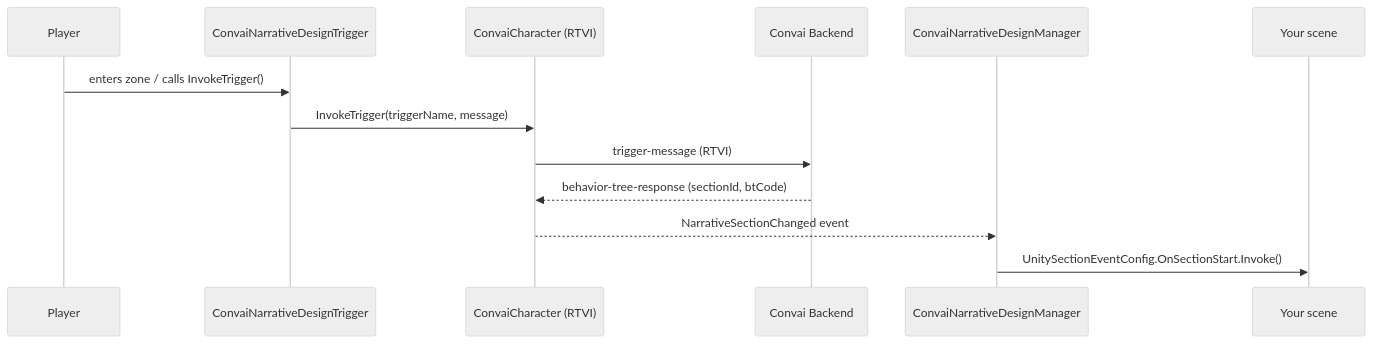
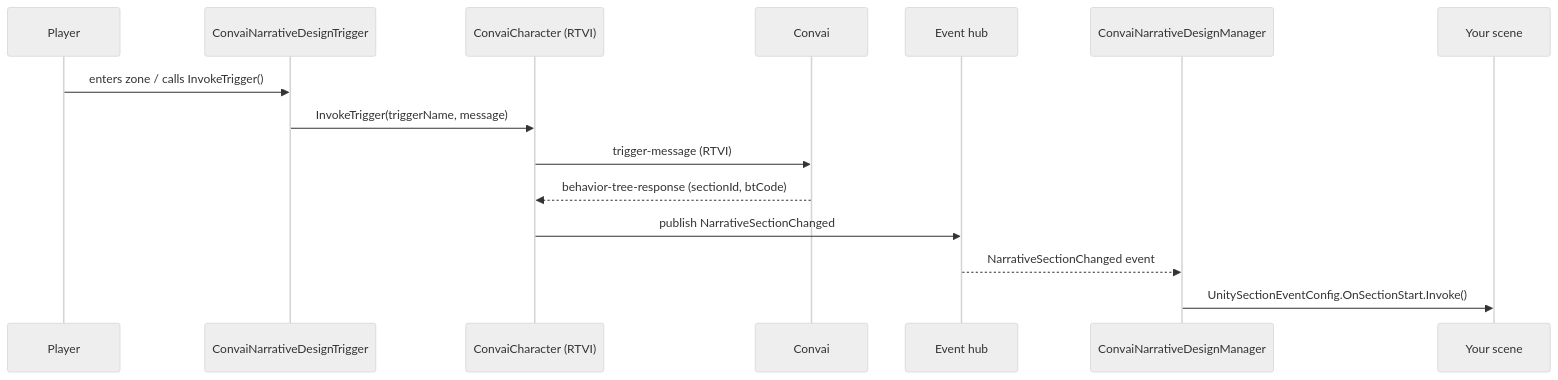
One commit to Conv-AI/Convai-Documentation changed the diagram in plugins-and-integrations/convai-unity-sdk/features/narrative-design/how-narrative-design-works.md. Above: the diagram before and after it, drawn with Mermaid (neutral theme). The commit also changed other lines of this file and 119 other files, not shown here.

````diff
--- a/plugins-and-integrations/convai-unity-sdk/features/narrative-design/how-narrative-design-works.md
+++ b/plugins-and-integrations/convai-unity-sdk/features/narrative-design/how-narrative-design-works.md
@@ -13,16 +13,18 @@
 ```mermaid
 sequenceDiagram
     participant Player
     participant Trigger as ConvaiNarrativeDesignTrigger
     participant Char as ConvaiCharacter (RTVI)
-    participant Backend as Convai Backend
+    participant Backend as Convai
+    participant Hub as Event hub
     participant Manager as ConvaiNarrativeDesignManager
     participant Scene as Your scene
 
     Player->>Trigger: enters zone / calls InvokeTrigger()
     Trigger->>Char: InvokeTrigger(triggerName, message)
     Char->>Backend: trigger-message (RTVI)
     Backend-->>Char: behavior-tree-response (sectionId, btCode)
-    Char-->>Manager: NarrativeSectionChanged event
+    Char->>Hub: publish NarrativeSectionChanged
+    Hub-->>Manager: NarrativeSectionChanged event
     Manager->>Scene: UnitySectionEventConfig.OnSectionStart.Invoke()
 ```
````
